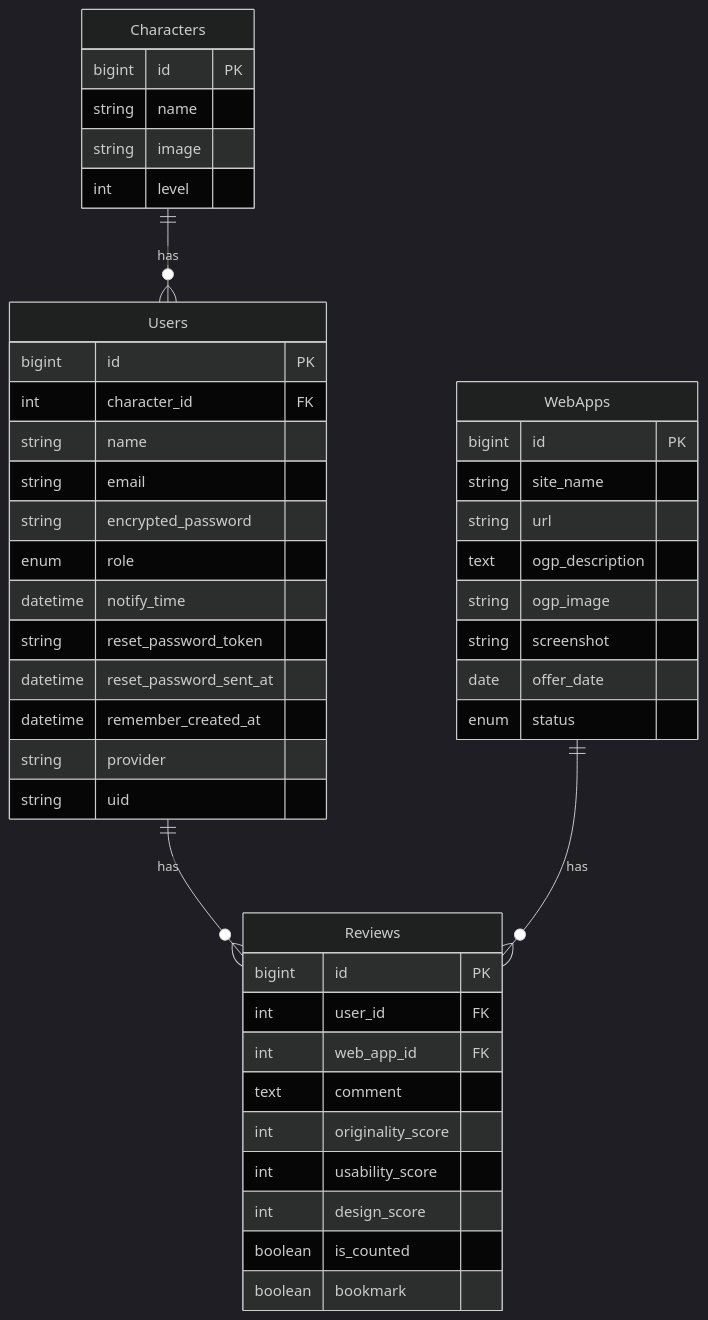
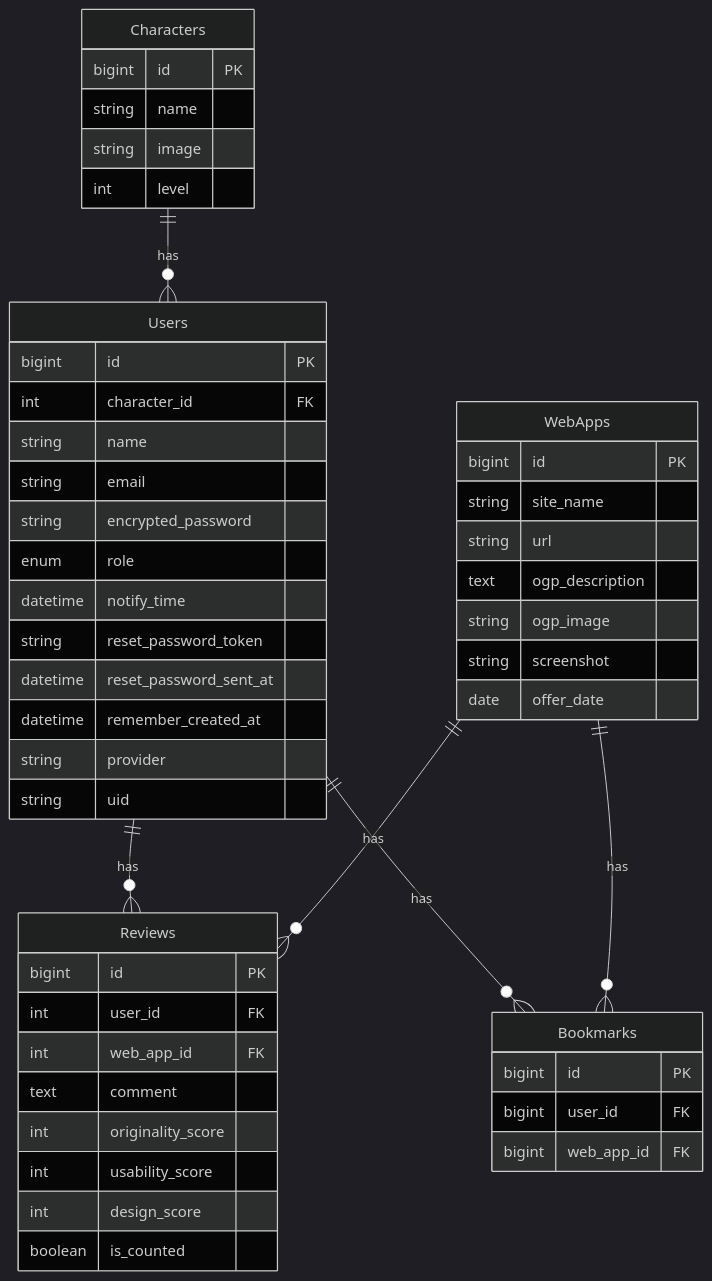
The diagram in README.md (hiroshi-okimura/web_app_diary), drawn with Mermaid (dark theme) before and after one commit. The commit also changed other lines of this file and 2 other files, not shown here.

Commit message:
fix: readmeの修正,文言の追加

````diff
--- a/README.md
+++ b/README.md
@@ -93,47 +92,52 @@
 ```mermaid
 erDiagram
   Users ||--o{ Reviews : has
+	Users ||--o{ Bookmarks : has
   WebApps ||--o{ Reviews : has
+	WebApps ||--o{ Bookmarks : has
   Characters ||--o{ Users : has
   Users {
 	bigint id PK
 	int character_id FK
 	string name
 	string email
 	string encrypted_password
 	enum role
 	datetime notify_time
 	string reset_password_token
 	datetime reset_password_sent_at
 	datetime remember_created_at
 	string provider
 	string uid
   }
   WebApps {
 	bigint id PK
 	string site_name
 	string url
 	text ogp_description
 	string ogp_image
 	string screenshot
 	date offer_date
-	enum status
   }
   Reviews {
 	bigint id PK
 	int user_id FK
 	int web_app_id FK
 	text comment
 	int originality_score
 	int usability_score
 	int design_score
 	boolean is_counted
-	boolean bookmark
+  }
+  Bookmarks {
+	bigint id PK
+	bigint user_id FK
+	bigint web_app_id FK
   }
   Characters {
 	bigint id PK
 	string name
 	string image
 	int level
   }
 ```
````
